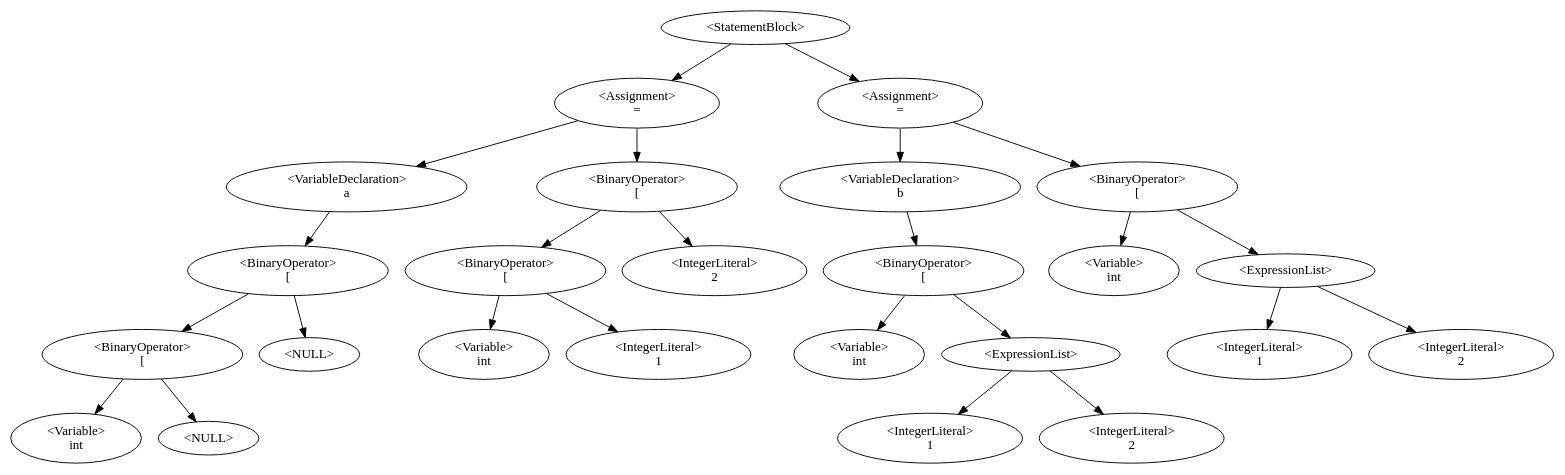
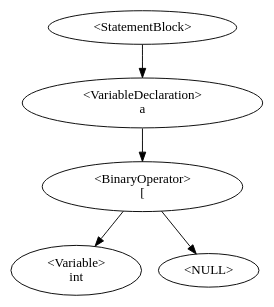
The diagram in Dino/Dino/AstDisplay.gv (QazmoQwerty/dino), drawn with Graphviz before and after one commit. The commit also changed 2 other files, not shown here.

```diff
--- a/Dino/Dino/AstDisplay.gv
+++ b/Dino/Dino/AstDisplay.gv
@@ -1,25 +1,6 @@
 digraph G {
-0 [label="<StatementBlock>"];0->5;0->17;
-5 [label="<Assignment>\n="];5->4;5->9;
-4 [label="<VariableDeclaration>\na"];4->3;
-3 [label="<BinaryOperator>\n["];3->2;3->-1;-1 [label="<NULL>"];
-2 [label="<BinaryOperator>\n["];2->1;2->-2;-2 [label="<NULL>"];
+0 [label="<StatementBlock>"];0->3;
+3 [label="<VariableDeclaration>\na"];3->2;
+2 [label="<BinaryOperator>\n["];2->1;2->-1;-1 [label="<NULL>"];
 1 [label="<Variable>\nint"];
-9 [label="<BinaryOperator>\n["];9->7;9->10;
-7 [label="<BinaryOperator>\n["];7->6;7->8;
-6 [label="<Variable>\nint"];
-8 [label="<IntegerLiteral>\n1"];
-10 [label="<IntegerLiteral>\n2"];
-17 [label="<Assignment>\n="];17->16;17->19;
-16 [label="<VariableDeclaration>\nb"];16->12;
-12 [label="<BinaryOperator>\n["];12->11;12->14;
-11 [label="<Variable>\nint"];
-14 [label="<ExpressionList>"];14->13;14->15;
-13 [label="<IntegerLiteral>\n1"];
-15 [label="<IntegerLiteral>\n2"];
-19 [label="<BinaryOperator>\n["];19->18;19->21;
-18 [label="<Variable>\nint"];
-21 [label="<ExpressionList>"];21->20;21->22;
-20 [label="<IntegerLiteral>\n1"];
-22 [label="<IntegerLiteral>\n2"];
 }
```
